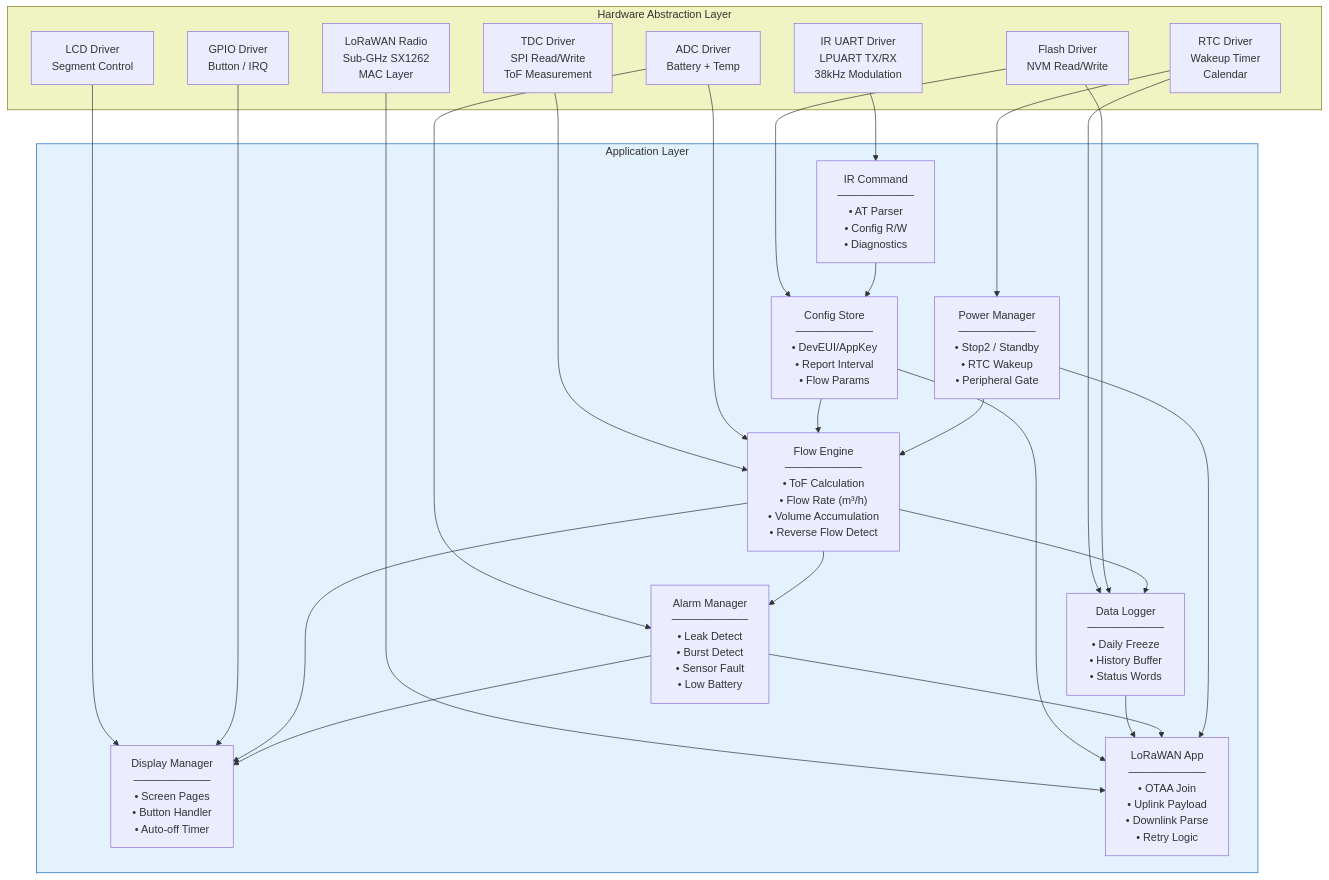
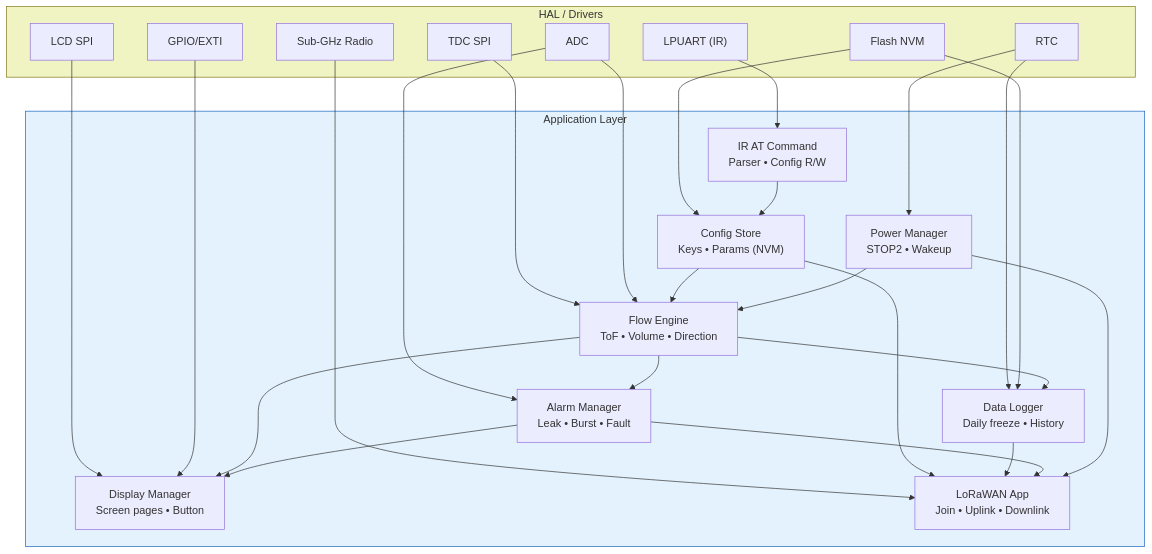
The second of 8 diagrams in documentation/DUT/Firmware_Flowchart_BlockDiagram.md (tuantran0707/WM), drawn with Mermaid before and after one commit. The commit also changed other lines of this file, not shown here.

Commit message:
fix firmware flowchart block diagram

````diff
--- a/documentation/DUT/Firmware_Flowchart_BlockDiagram.md
+++ b/documentation/DUT/Firmware_Flowchart_BlockDiagram.md
@@ -101,51 +57,43 @@
 ```mermaid
-graph TB
-    subgraph HAL["Hardware Abstraction Layer"]
-        HAL_TDC["TDC Driver<br/>SPI Read/Write<br/>ToF Measurement"]
-        HAL_LCD["LCD Driver<br/>Segment Control"]
-        HAL_IR["IR UART Driver<br/>LPUART TX/RX<br/>38kHz Modulation"]
-        HAL_LORA["LoRaWAN Radio<br/>Sub-GHz SX1262<br/>MAC Layer"]
-        HAL_RTC["RTC Driver<br/>Wakeup Timer<br/>Calendar"]
-        HAL_ADC["ADC Driver<br/>Battery + Temp"]
-        HAL_GPIO["GPIO Driver<br/>Button / IRQ"]
-        HAL_FLASH["Flash Driver<br/>NVM Read/Write"]
+flowchart TB
+    subgraph APP["Application Layer"]
+        FLOW["Flow Engine<br/>ToF • Volume • Direction"]
+        DISP["Display Manager<br/>Screen pages • Button"]
+        IRCMD["IR AT Command<br/>Parser • Config R/W"]
+        LWAN["LoRaWAN App<br/>Join • Uplink • Downlink"]
+        LOG["Data Logger<br/>Daily freeze • History"]
+        ALARM["Alarm Manager<br/>Leak • Burst • Fault"]
+        CFG["Config Store<br/>Keys • Params (NVM)"]
+        PWR["Power Manager<br/>STOP2 • Wakeup"]
     end
 
-    subgraph APP["Application Layer"]
-        FLOW["Flow Engine<br/>──────────<br/>• ToF Calculation<br/>• Flow Rate (m³/h)<br/>• Volume Accumulation<br/>• Reverse Flow Detect"]
-        DISP["Display Manager<br/>──────────<br/>• Screen Pages<br/>• Button Handler<br/>• Auto-off Timer"]
-        IRCMD["IR Command<br/>──────────<br/>• AT Parser<br/>• Config R/W<br/>• Diagnostics"]
-        LWAN["LoRaWAN App<br/>──────────<br/>• OTAA Join<br/>• Uplink Payload<br/>• Downlink Parse<br/>• Retry Logic"]
-        DATALOG["Data Logger<br/>──────────<br/>• Daily Freeze<br/>• History Buffer<br/>• Status Words"]
-        PWR["Power Manager<br/>──────────<br/>• Stop2 / Standby<br/>• RTC Wakeup<br/>• Peripheral Gate"]
-        CFG["Config Store<br/>──────────<br/>• DevEUI/AppKey<br/>• Report Interval<br/>• Flow Params"]
-        ALARM["Alarm Manager<br/>──────────<br/>• Leak Detect<br/>• Burst Detect<br/>• Sensor Fault<br/>• Low Battery"]
+    subgraph HAL["HAL / Drivers"]
+        H_TDC["TDC SPI"]
+        H_LCD["LCD SPI"]
+        H_IR["LPUART (IR)"]
+        H_RF["Sub-GHz Radio"]
+        H_RTC["RTC"]
+        H_ADC["ADC"]
+        H_GPIO["GPIO/EXTI"]
+        H_NVM["Flash NVM"]
     end
 
-    HAL_TDC --> FLOW
-    HAL_ADC --> FLOW
-    HAL_LCD --> DISP
-    HAL_GPIO --> DISP
-    HAL_IR --> IRCMD
-    HAL_LORA --> LWAN
-    HAL_RTC --> PWR
-    HAL_RTC --> DATALOG
-    HAL_FLASH --> CFG
-    HAL_FLASH --> DATALOG
-    HAL_ADC --> ALARM
+    H_TDC --> FLOW
+    H_ADC --> FLOW & ALARM
+    H_LCD --> DISP
+    H_GPIO --> DISP
+    H_IR --> IRCMD
+    H_RF --> LWAN
+    H_RTC --> PWR & LOG
+    H_NVM --> CFG & LOG
 
-    FLOW --> DATALOG
-    FLOW --> DISP
-    FLOW --> ALARM
-    CFG --> LWAN
-    CFG --> FLOW
-    DATALOG --> LWAN
-    ALARM --> LWAN
-    ALARM --> DISP
+    FLOW --> LOG & DISP & ALARM
+    CFG --> FLOW & LWAN
+    LOG --> LWAN
+    ALARM --> LWAN & DISP
     IRCMD --> CFG
-    PWR --> FLOW
-    PWR --> LWAN
+    PWR --> FLOW & LWAN
 
+    style APP fill:#e3f2fd,stroke:#1565C0
     style HAL fill:#f0f4c3,stroke:#827717
-    style APP fill:#e3f2fd,stroke:#1565C0
 ```
````
